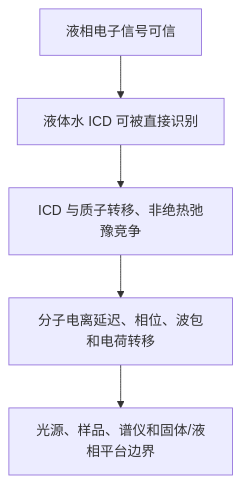
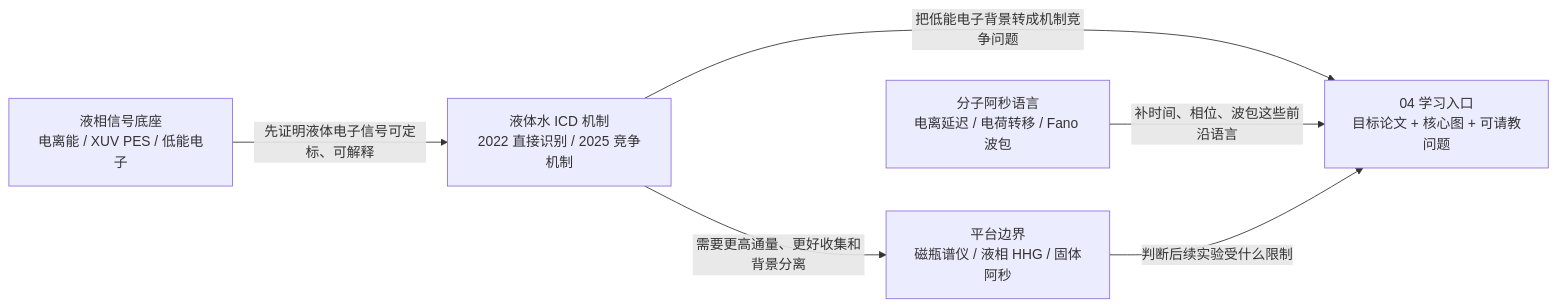
The diagram in output/中国科学院大学/中科院物理研究所/超快物质科学中心/张鹏举/03_论文路线.md (DXY-IOP-CAS/advisor-research-navigator), drawn with Mermaid before and after one commit. The commit also changed other lines of this file and 28 other files, not shown here.

````diff
--- a/output/中国科学院大学/中科院物理研究所/超快物质科学中心/张鹏举/03_论文路线.md
+++ b/output/中国科学院大学/中科院物理研究所/超快物质科学中心/张鹏举/03_论文路线.md
@@ -31,9 +31,14 @@
 ```mermaid
-flowchart TD
-  A["液相电子信号可信"]
-  B["液体水 ICD 可被直接识别"]
-  C["ICD 与质子转移、非绝热弛豫竞争"]
-  D["分子电离延迟、相位、波包和电荷转移"]
-  E["光源、样品、谱仪和固体/液相平台边界"]
-  A --> B --> C --> D --> E
+flowchart LR
+  PES["液相信号底座<br/>电离能 / XUV PES / 低能电子"]
+  ICD["液体水 ICD 机制<br/>2022 直接识别 / 2025 竞争机制"]
+  MOL["分子阿秒语言<br/>电离延迟 / 电荷转移 / Fano 波包"]
+  PLAT["平台边界<br/>磁瓶谱仪 / 液相 HHG / 固体阿秒"]
+  GUIDE["04 学习入口<br/>目标论文 + 核心图 + 可请教问题"]
+
+  PES -- "先证明液体电子信号可定标、可解释" --> ICD
+  ICD -- "把低能电子背景转成机制竞争问题" --> GUIDE
+  MOL -- "补时间、相位、波包这些前沿语言" --> GUIDE
+  PLAT -- "判断后续实验受什么限制" --> GUIDE
+  ICD -- "需要更高通量、更好收集和背景分离" --> PLAT
 ```
````
